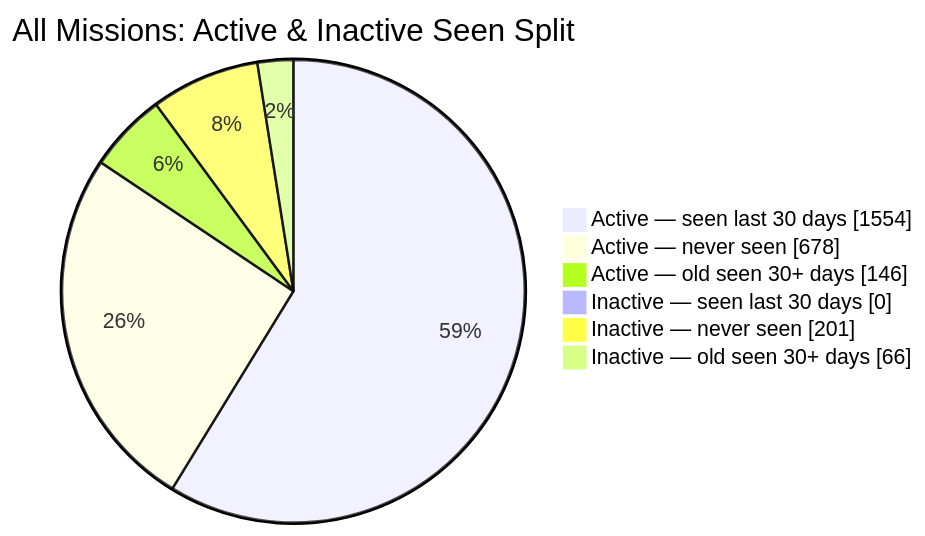
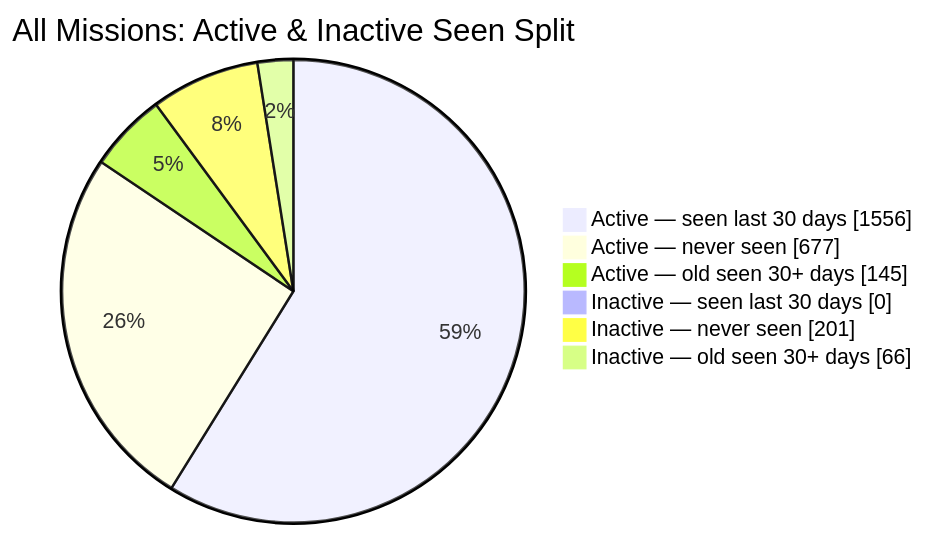
Before and after one commit to MeldkamerspelGameTeam/active-missions: the second of 2 diagrams in README.md, drawn with Mermaid. The commit also changed other lines of this file and 3 other files, not shown here.

````diff
--- a/README.md
+++ b/README.md
@@ -44,10 +44,10 @@
 ```mermaid
 pie showData
     title All Missions: Active & Inactive Seen Split
-    "Active — seen last 30 days" : 1554
-    "Active — never seen" : 678
-    "Active — old seen 30+ days" : 146
+    "Active — seen last 30 days" : 1556
+    "Active — never seen" : 677
+    "Active — old seen 30+ days" : 145
     "Inactive — seen last 30 days" : 0
     "Inactive — never seen" : 201
     "Inactive — old seen 30+ days" : 66
 ```
````
